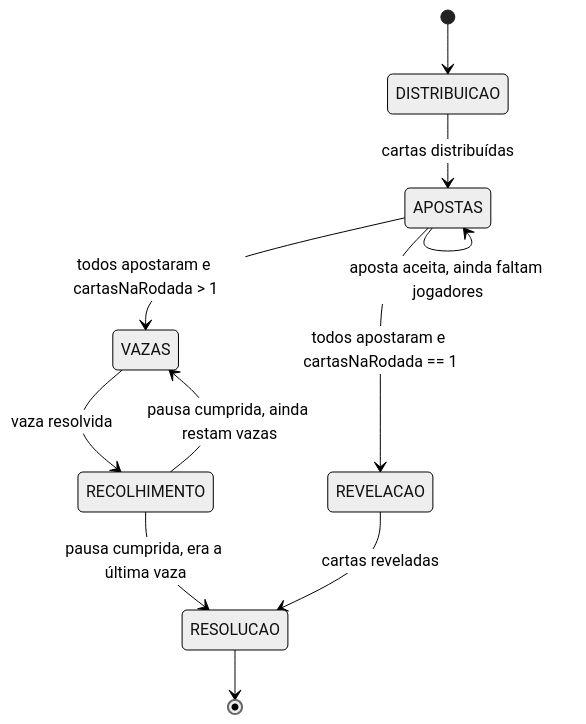
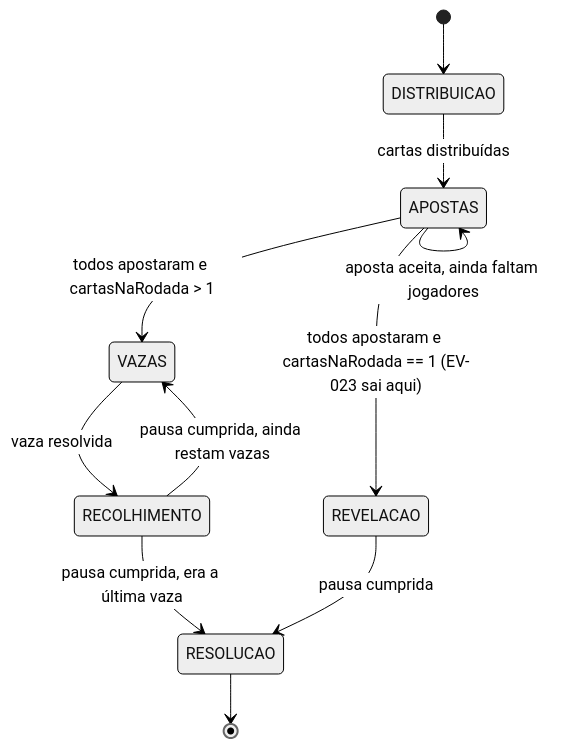
The fourth of 4 diagrams in docs/03-maquina-de-estados.md (jpmvale/fdp), drawn with Mermaid (neutral theme) before and after one commit. The commit also changed other lines of this file and 17 other files, not shown here.

````diff
--- a/docs/03-maquina-de-estados.md
+++ b/docs/03-maquina-de-estados.md
@@ -140,13 +140,13 @@
 ```mermaid
 stateDiagram-v2
     [*] --> DISTRIBUICAO
     DISTRIBUICAO --> APOSTAS: cartas distribuídas
     APOSTAS --> APOSTAS: aposta aceita, ainda faltam jogadores
     APOSTAS --> VAZAS: todos apostaram e cartasNaRodada > 1
-    APOSTAS --> REVELACAO: todos apostaram e cartasNaRodada == 1
+    APOSTAS --> REVELACAO: todos apostaram e cartasNaRodada == 1 (EV-023 sai aqui)
     VAZAS --> RECOLHIMENTO: vaza resolvida
     RECOLHIMENTO --> VAZAS: pausa cumprida, ainda restam vazas
     RECOLHIMENTO --> RESOLUCAO: pausa cumprida, era a última vaza
-    REVELACAO --> RESOLUCAO: cartas reveladas
+    REVELACAO --> RESOLUCAO: pausa cumprida
     RESOLUCAO --> [*]
 ```
````
